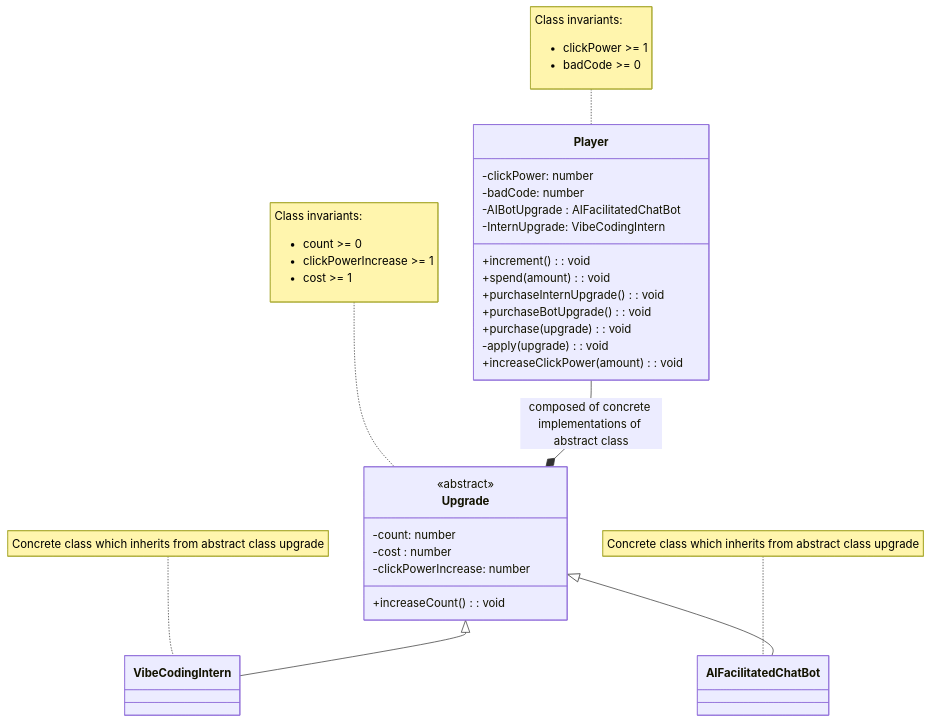
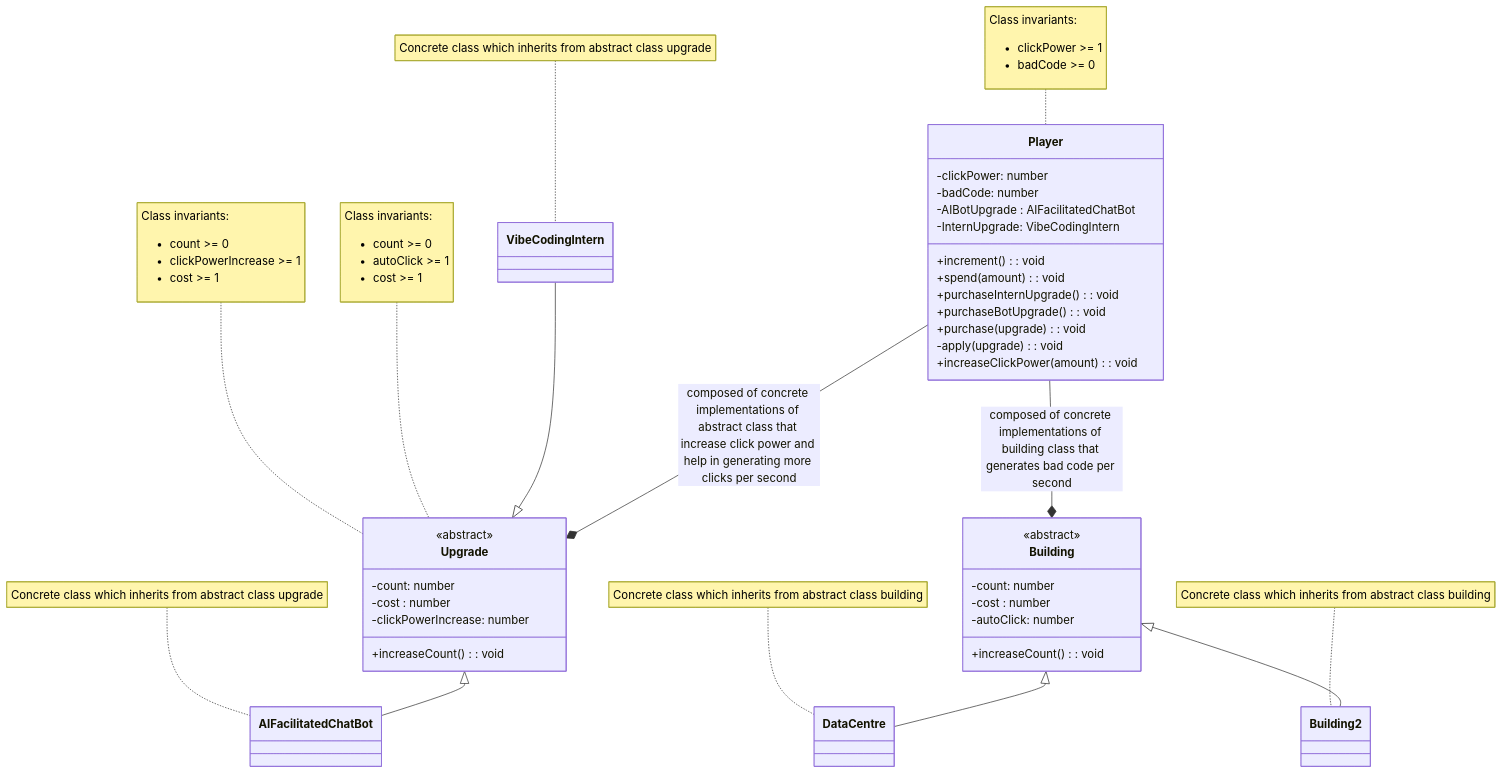
One commit to MoulikB/2452-project changed the diagram in domain.md. Above: the diagram before and after it, drawn with Mermaid. The commit also changed 1 other file, not shown here.

Commit message:
Updated domain and flows to reflect building upgrades

````diff
--- a/domain.md
+++ b/domain.md
@@ -53,8 +53,41 @@
 note for VibeCodingIntern "Concrete class which inherits from abstract class upgrade"
 
 note for AIFacilitatedChatBot "Concrete class which inherits from abstract class upgrade"
-Upgrade <|-- VibeCodingIntern
+
+
+VibeCodingIntern --|> Upgrade
 Upgrade <|-- AIFacilitatedChatBot
 
-Player --* Upgrade : composed of concrete implementations of abstract class
+
+
+Player --* Upgrade : composed of concrete implementations of abstract class that increase click power and help in generating more clicks per second
+
+class Building {
+    <<abstract>>
+    -count: number
+    -cost : number
+    -autoClick: number
+    +increaseCount(): void
+}
+
+class DataCentre
+
+class Building2
+
+note for Upgrade "Class invariants:
+<ul>
+<li>count >= 0</li>
+<li>autoClick >= 1</li>
+<li>cost >= 1</li>
+</ul>"
+
+note for DataCentre "Concrete class which inherits from abstract class building"
+note for Building2 "Concrete class which inherits from abstract class building"
+
+Building <|-- DataCentre
+Building <|-- Building2
+
+
+
+Player --* Building : composed of concrete implementations of building class that generates bad code per second
 ```
````
